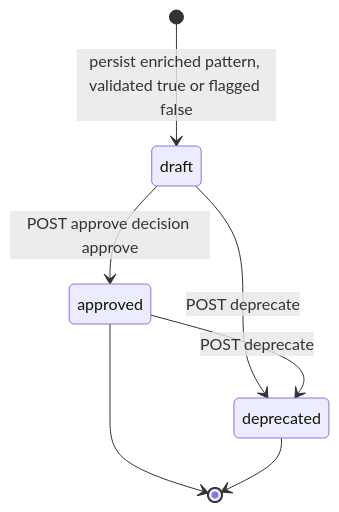
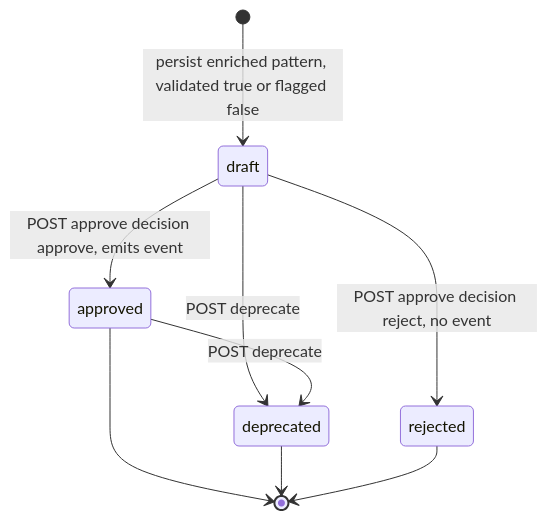
The third of 9 diagrams in services/pattern-manager/design.md (nikhilmohan/correlation-platform), drawn with Mermaid before and after one commit. The commit also changed other lines of this file and 1 other file, not shown here.

````diff
--- a/services/pattern-manager/design.md
+++ b/services/pattern-manager/design.md
@@ -335,9 +368,11 @@
 ```mermaid
 stateDiagram-v2
   [*] --> draft : persist enriched pattern, validated true or flagged false
-  draft --> approved : POST approve decision approve
+  draft --> approved : POST approve decision approve, emits event
+  draft --> rejected : POST approve decision reject, no event
   draft --> deprecated : POST deprecate
   approved --> deprecated : POST deprecate
   approved --> [*]
   deprecated --> [*]
+  rejected --> [*]
 ```
````
